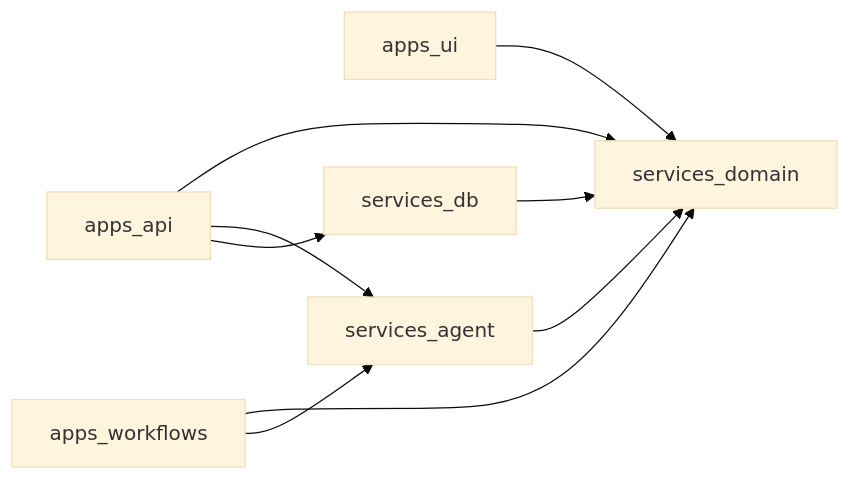
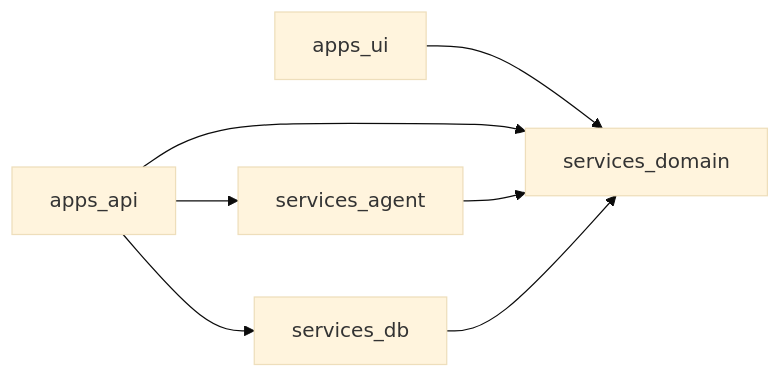
The diagram in docs/architecture/monorepo_structure.md (luciapuccini/strengthsync-app), drawn with Mermaid (base theme) before and after one commit. The commit also changed other lines of this file and 15 other files, not shown here.

````diff
--- a/docs/architecture/monorepo_structure.md
+++ b/docs/architecture/monorepo_structure.md
@@ -30,18 +25,15 @@
 ```mermaid
 flowchart LR
   UI[apps_ui]
   API[apps_api]
-  Workflows[apps_workflows]
   Domain[services_domain]
   Agent[services_agent]
   DB[services_db]
 
   UI --> Domain
   API --> Domain
   API --> Agent
   API --> DB
-  Workflows --> Domain
-  Workflows --> Agent
   Agent --> Domain
   DB --> Domain
 ```
````
